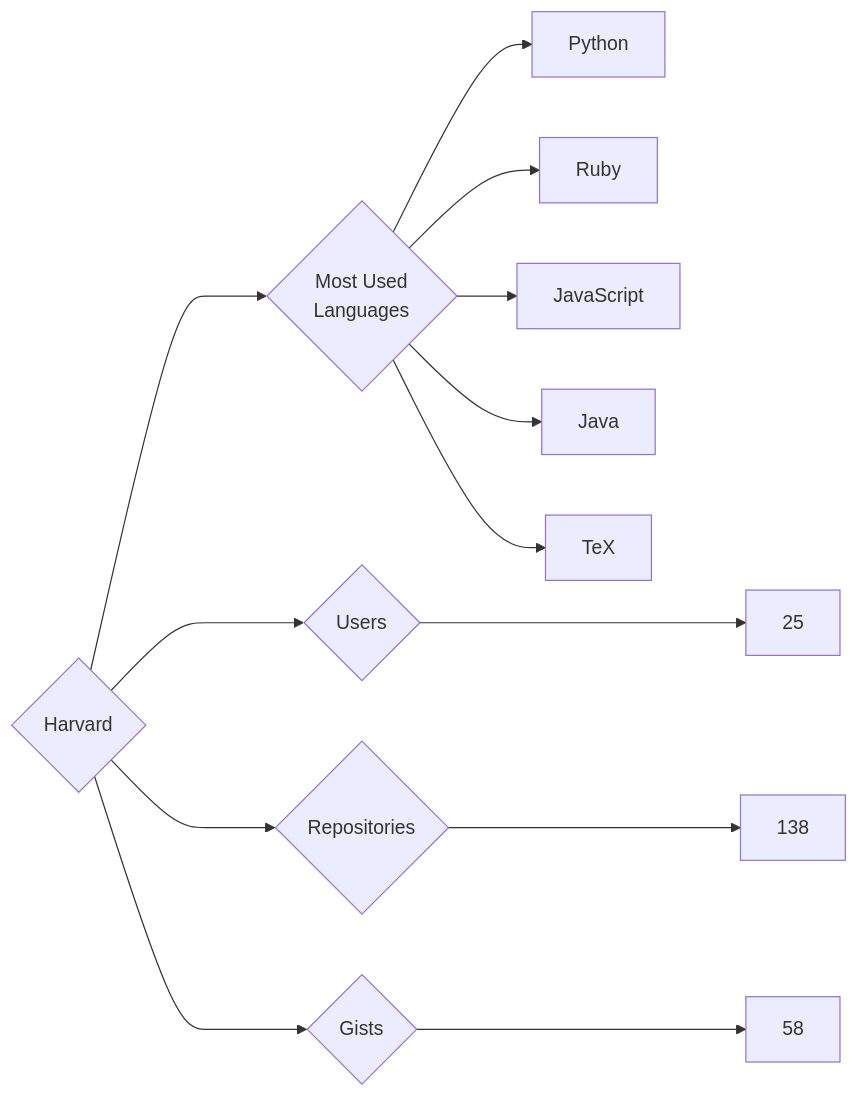
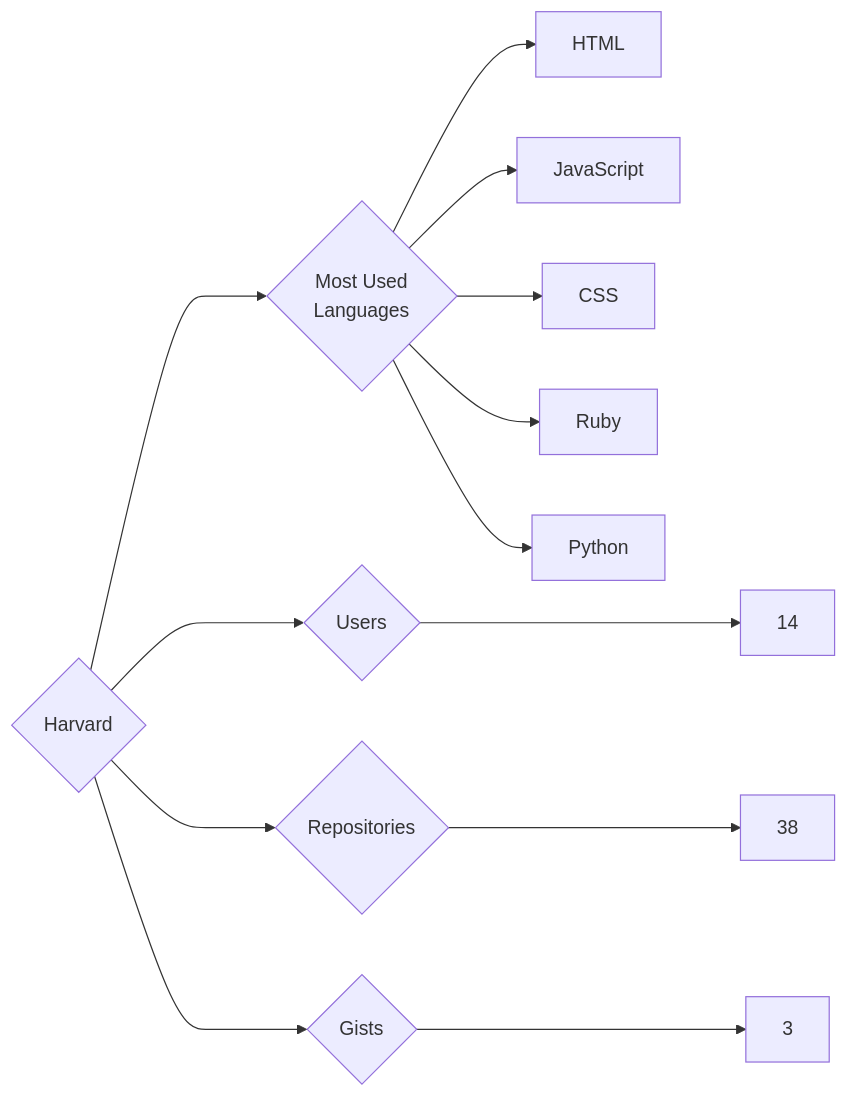
One commit to trickest/insiders changed the diagram in targets/Harvard/README.md. Above: the diagram before and after it, drawn with Mermaid. The commit also changed 736 other files, not shown here.

````diff
--- a/targets/Harvard/README.md
+++ b/targets/Harvard/README.md
@@ -3,13 +3,13 @@
 ```mermaid
 graph LR
 COMPANY_NAME{Harvard}
-COMPANY_NAME ---> U{Users} ---> UN[25]
-COMPANY_NAME ---> R{Repositories} ---> RN[138]
-COMPANY_NAME ---> G{Gists} ---> GN[58]
+COMPANY_NAME ---> U{Users} ---> UN[14]
+COMPANY_NAME ---> R{Repositories} ---> RN[38]
+COMPANY_NAME ---> G{Gists} ---> GN[3]
 COMPANY_NAME ---> ML{Most Used<br>Languages}
+ML --> HTML[HTML]
+ML --> JavaScript[JavaScript]
+ML --> CSS[CSS]
+ML --> Ruby[Ruby]
 ML --> Python[Python]
-ML --> Ruby[Ruby]
-ML --> JavaScript[JavaScript]
-ML --> Java[Java]
-ML --> TeX[TeX]
 ```
````
